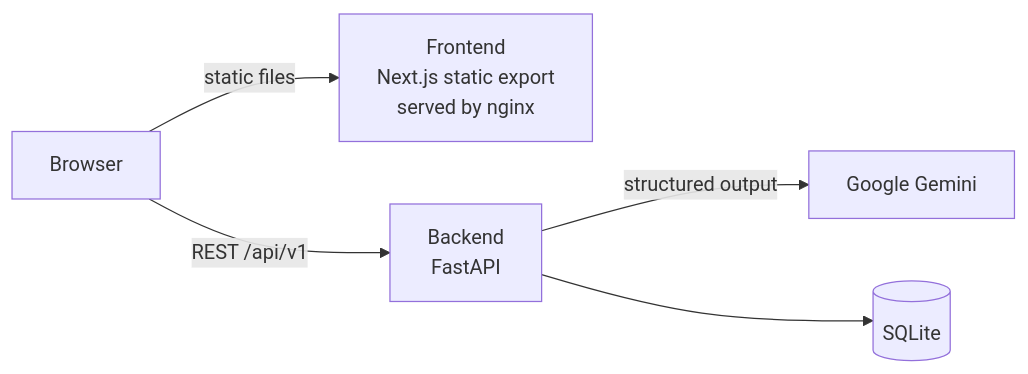
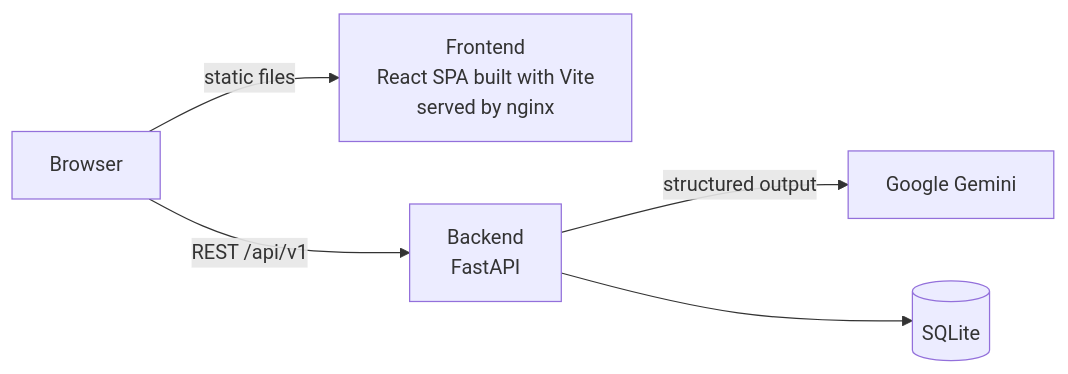
Before and after one commit to eylulseyit/Cookable: the diagram in README.md, drawn with Mermaid. The commit also changed other lines of this file, not shown here.

Commit message:
docs: update README for the Vite frontend"

````diff
--- a/README.md
+++ b/README.md
@@ -28,7 +28,7 @@
 ```mermaid
 flowchart LR
-    U[Browser] -->|static files| F[Frontend<br/>Next.js static export<br/>served by nginx]
+    U[Browser] -->|static files| F[Frontend<br/>React SPA built with Vite<br/>served by nginx]
     U -->|REST /api/v1| B[Backend<br/>FastAPI]
     B -->|structured output| G[Google Gemini]
     B --> D[(SQLite)]
 ```
````
